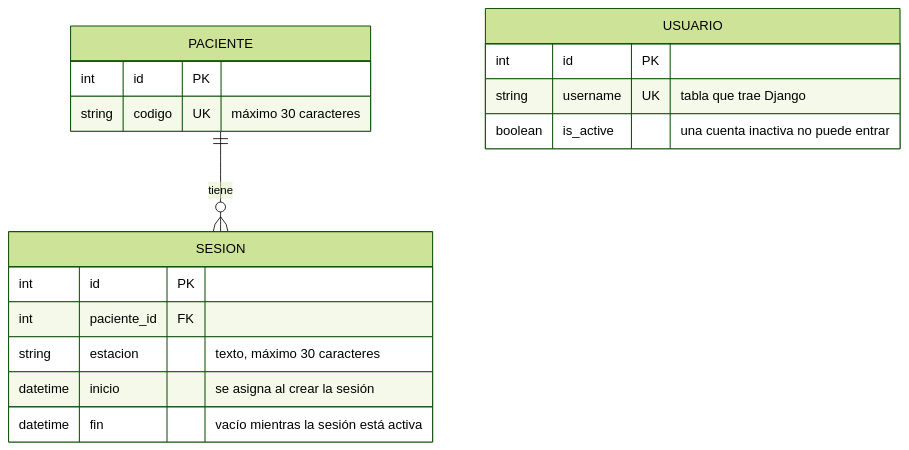
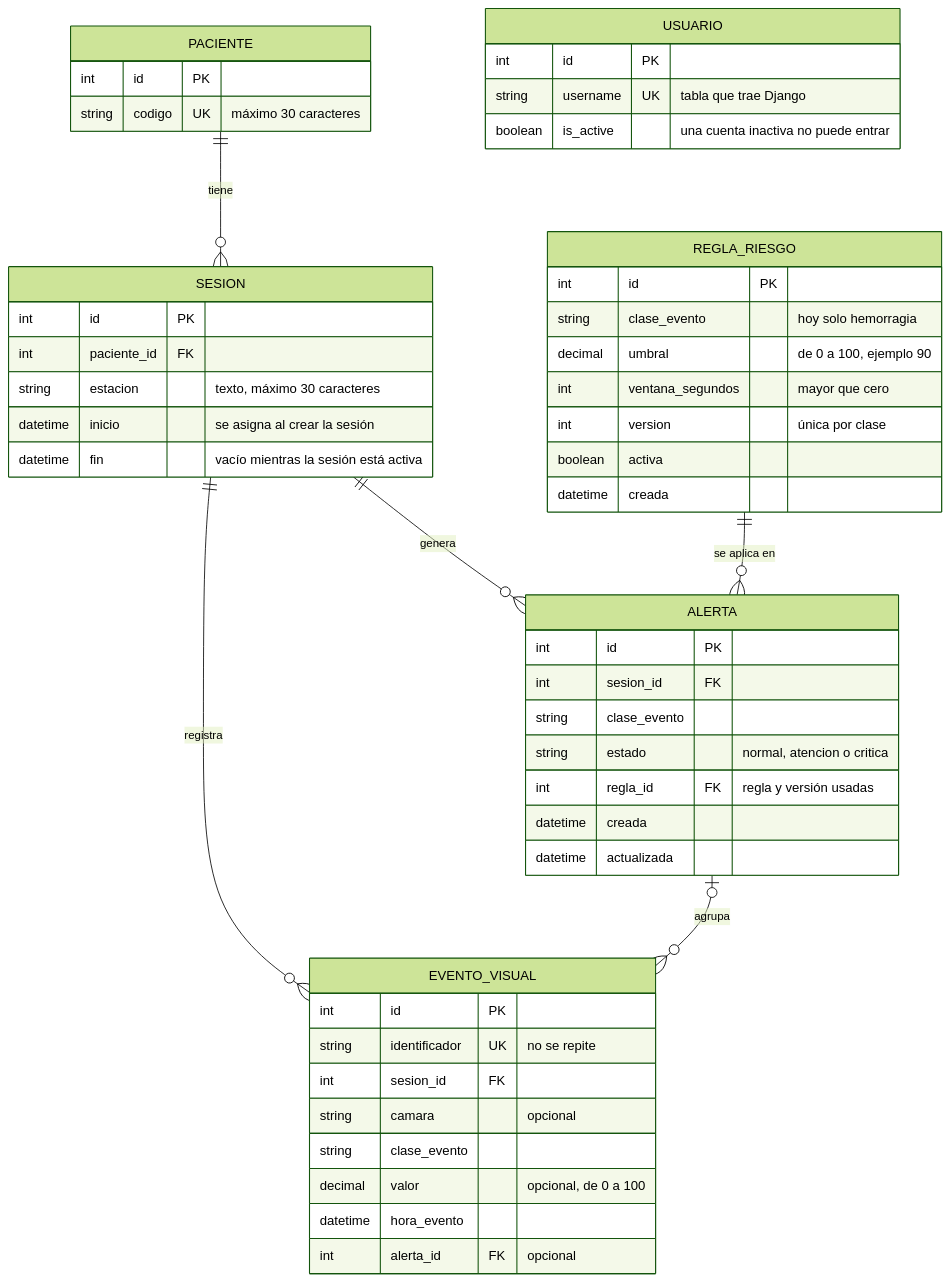
One commit to Darix-io/Proyecto-hemo-vision-alert changed the diagram in docs/diagramas/modelo-de-datos-actual.md. Above: the diagram before and after it, drawn with Mermaid (forest theme). The commit also changed other lines of this file and 1 other file, not shown here.

Commit message:
docs: agrega el motor de riesgo (M3) al modelo de datos

````diff
--- a/docs/diagramas/modelo-de-datos-actual.md
+++ b/docs/diagramas/modelo-de-datos-actual.md
@@ -11,20 +11,52 @@
 ```mermaid
 erDiagram
     PACIENTE ||--o{ SESION : "tiene"
+    SESION ||--o{ EVENTO_VISUAL : "registra"
+    SESION ||--o{ ALERTA : "genera"
+    REGLA_RIESGO ||--o{ ALERTA : "se aplica en"
+    ALERTA |o--o{ EVENTO_VISUAL : "agrupa"
     PACIENTE {
         int id PK
         string codigo UK "máximo 30 caracteres"
     }
     SESION {
         int id PK
         int paciente_id FK
         string estacion "texto, máximo 30 caracteres"
         datetime inicio "se asigna al crear la sesión"
         datetime fin "vacío mientras la sesión está activa"
     }
     USUARIO {
         int id PK
         string username UK "tabla que trae Django"
         boolean is_active "una cuenta inactiva no puede entrar"
     }
+    REGLA_RIESGO {
+        int id PK
+        string clase_evento "hoy solo hemorragia"
+        decimal umbral "de 0 a 100, ejemplo 90"
+        int ventana_segundos "mayor que cero"
+        int version "única por clase"
+        boolean activa
+        datetime creada
+    }
+    EVENTO_VISUAL {
+        int id PK
+        string identificador UK "no se repite"
+        int sesion_id FK
+        string camara "opcional"
+        string clase_evento
+        decimal valor "opcional, de 0 a 100"
+        datetime hora_evento
+        int alerta_id FK "opcional"
+    }
+    ALERTA {
+        int id PK
+        int sesion_id FK
+        string clase_evento
+        string estado "normal, atencion o critica"
+        int regla_id FK "regla y versión usadas"
+        datetime creada
+        datetime actualizada
+    }
 ```
````
